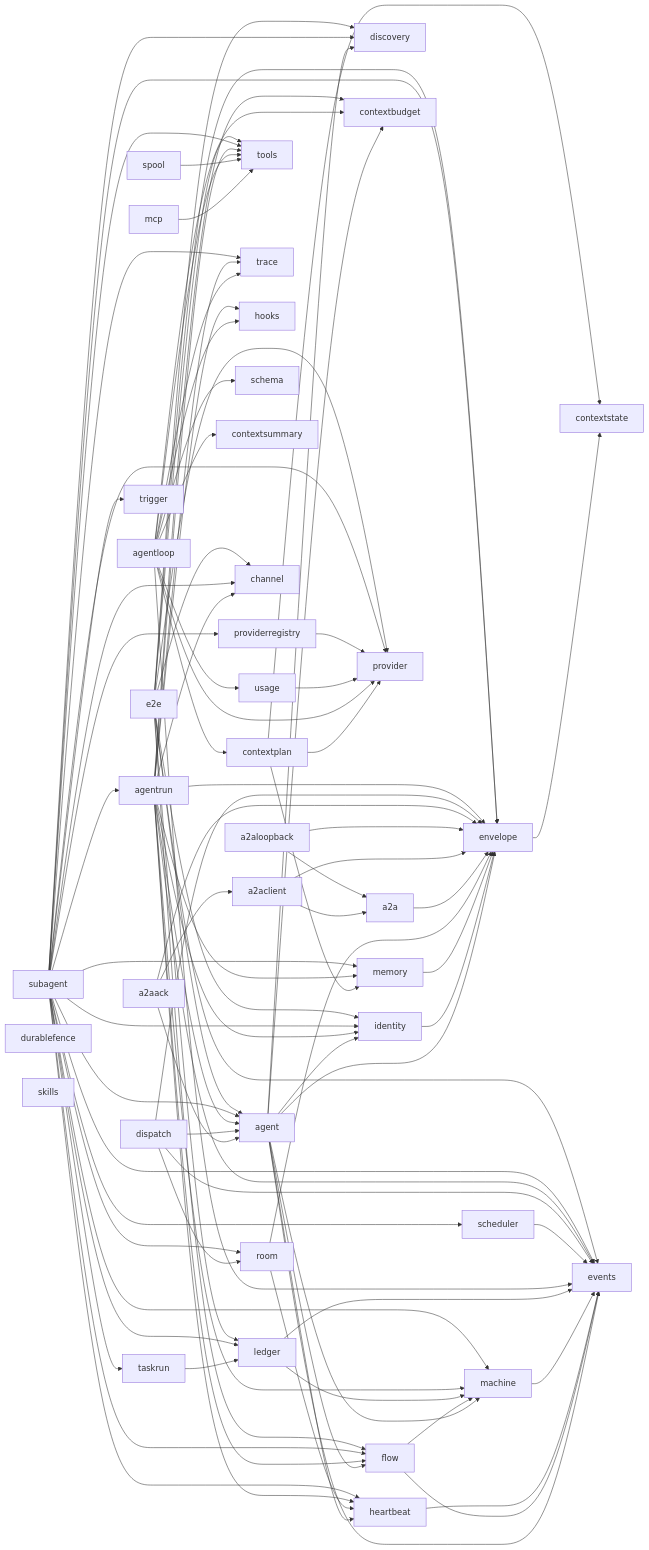
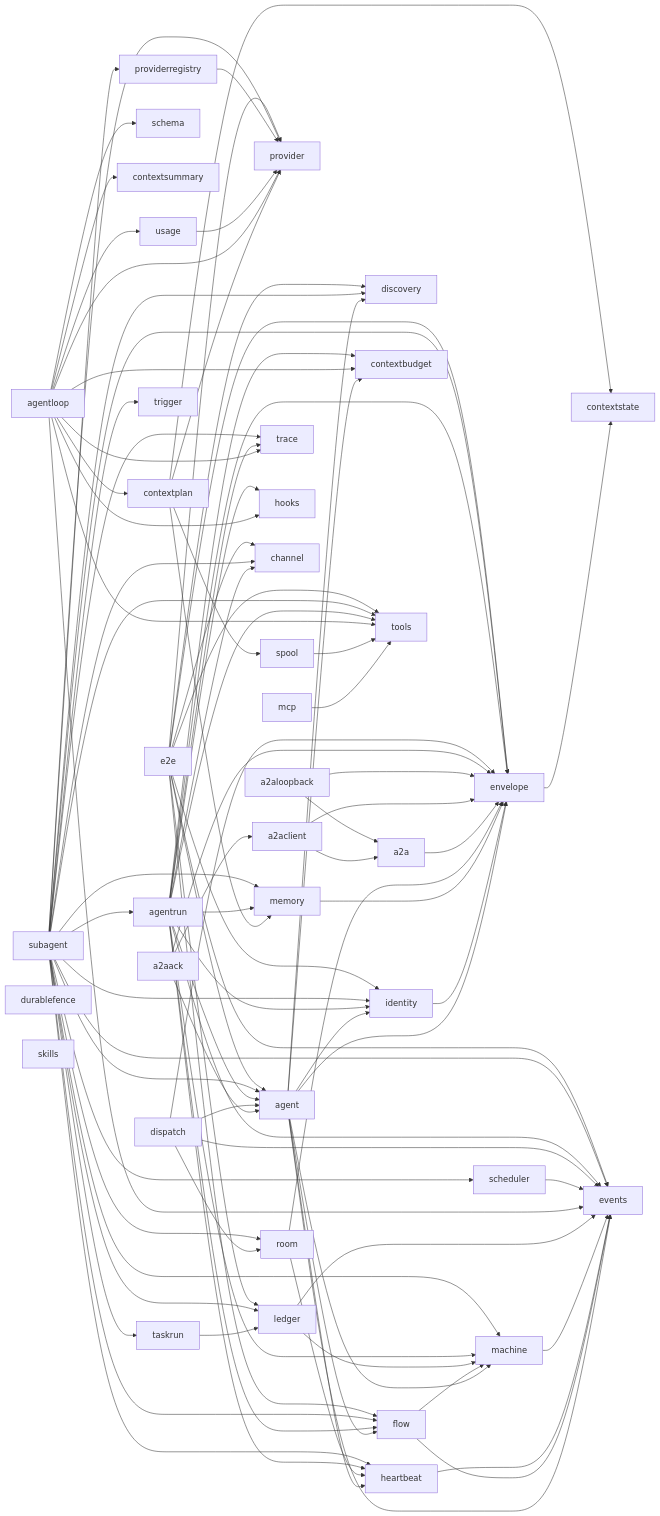
The first of 2 diagrams in docs/architecture.md (MiviaLabs/mivia-ai-sdk), drawn with Mermaid before and after one commit. The commit also changed other lines of this file and 2 other files, not shown here.

First line of the commit message:
test(contextplan): strengthen spool tests, fix architecture.md drift

```diff
--- a/docs/architecture.md
+++ b/docs/architecture.md
@@ -43,6 +43,7 @@
     contextplan --> contextstate
     contextplan --> provider
     contextplan --> memory
+    contextplan --> spool
     flow --> events
     flow --> machine
     heartbeat --> events
```
